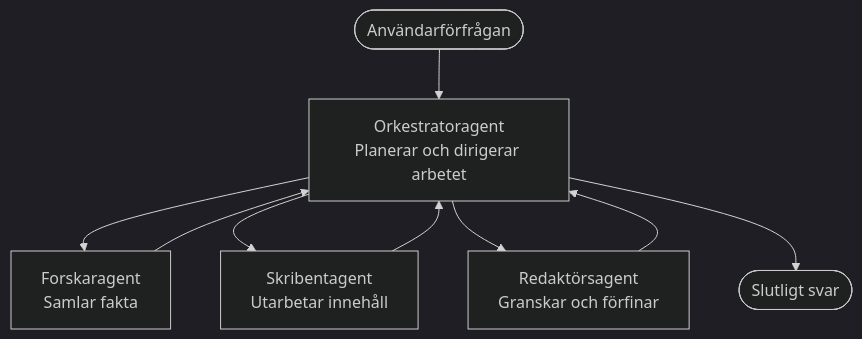
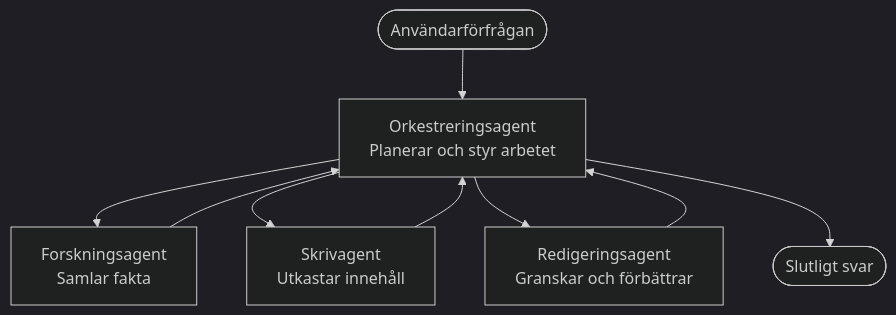
Before and after one commit to microsoft/AZD-for-beginners: the diagram in translations/sv/docs/chapter-05-multi-agent/multi-agent-basics.md, drawn with Mermaid (dark theme). The commit also changed other lines of this file and 59 other files, not shown here.

````diff
--- a/translations/sv/docs/chapter-05-multi-agent/multi-agent-basics.md
+++ b/translations/sv/docs/chapter-05-multi-agent/multi-agent-basics.md
@@ -43,11 +43,11 @@
 ```mermaid
 graph TD
-    User([Användarförfrågan]) --> Orchestrator[Orkestratoragent<br/>Planerar och dirigerar arbetet]
-    Orchestrator --> Researcher[Forskaragent<br/>Samlar fakta]
-    Orchestrator --> Writer[Skribentagent<br/>Utarbetar innehåll]
-    Orchestrator --> Editor[Redaktörsagent<br/>Granskar och förfinar]
+    User([Användarförfrågan]) --> Orchestrator[Orkestreringsagent<br/>Planerar och styr arbetet]
+    Orchestrator --> Researcher[Forskningsagent<br/>Samlar fakta]
+    Orchestrator --> Writer[Skrivagent<br/>Utkastar innehåll]
+    Orchestrator --> Editor[Redigeringsagent<br/>Granskar och förbättrar]
     Researcher --> Orchestrator
     Writer --> Orchestrator
     Editor --> Orchestrator
     Orchestrator --> Result([Slutligt svar])
 ```
````
